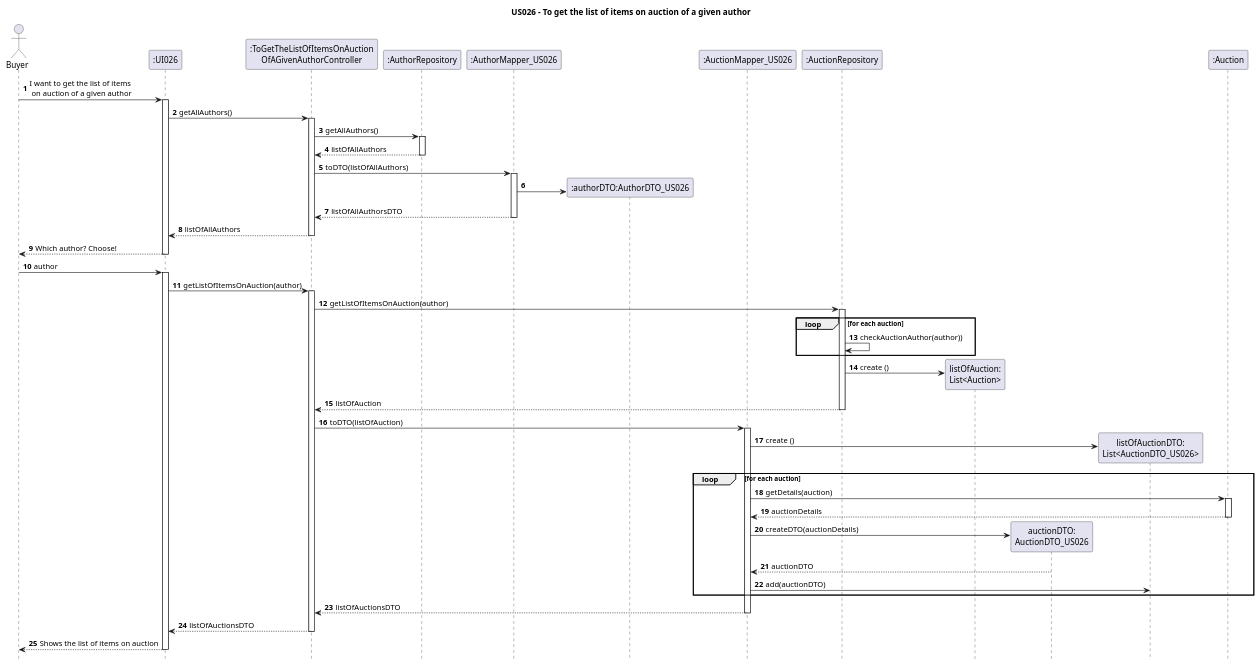
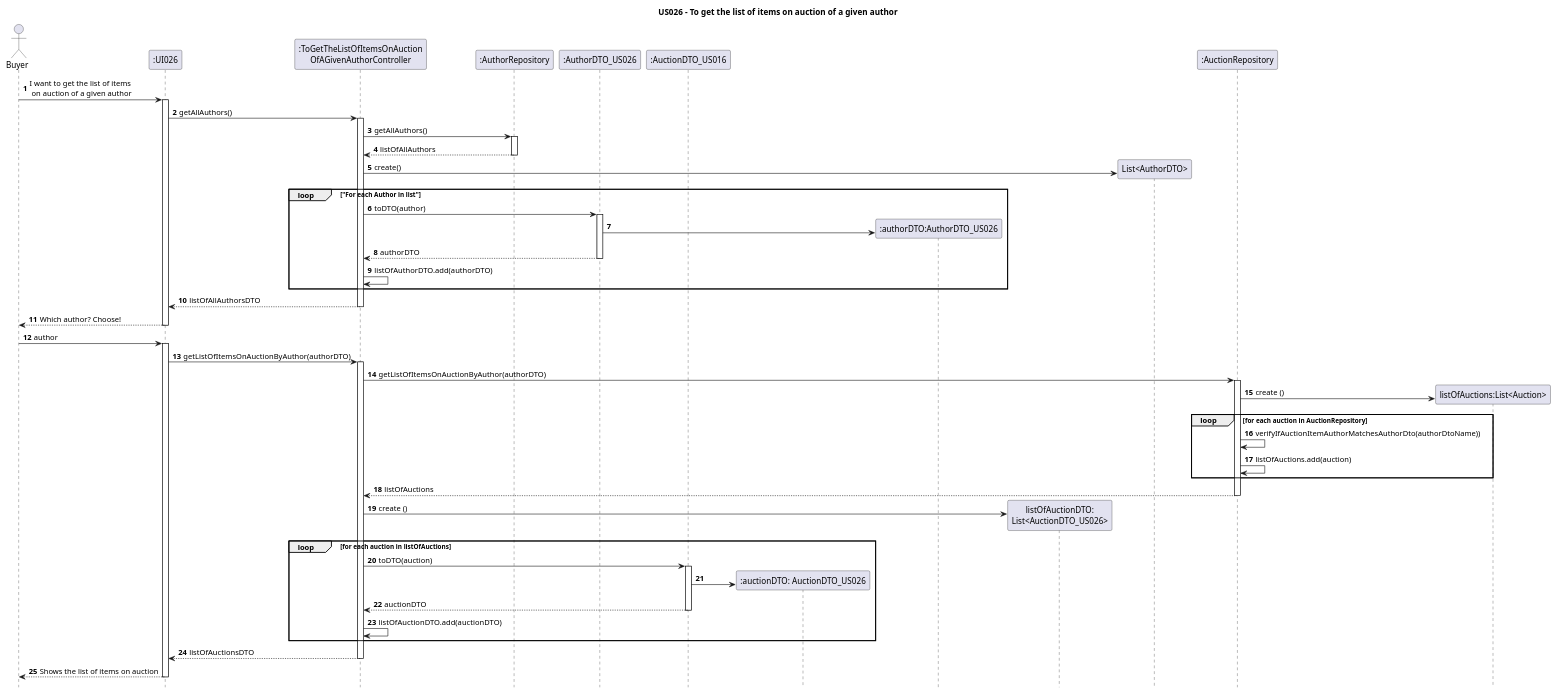
The diagram in Diagrams/SequenceDiagrams/N2/US026-to-get-the-list-of-items-on-auction-of-a-given-author.puml (AndrePereiraGitH/SWitCH-Project-Team_A), drawn with PlantUML before and after one commit.

Commit message:
working on #186 - Sequence Diagram N2

```diff
--- a/Diagrams/SequenceDiagrams/N2/US026-to-get-the-list-of-items-on-auction-of-a-given-author.puml
+++ b/Diagrams/SequenceDiagrams/N2/US026-to-get-the-list-of-items-on-auction-of-a-given-author.puml
@@ -1,84 +1,95 @@
 @startuml
 
 hide footbox
 autonumber
 title US026 - To get the list of items on auction of a given author
 
 actor Buyer
 
 ' Participants
 participant ":UI026" as UI026
 participant ":ToGetTheListOfItemsOnAuction\nOfAGivenAuthorController" as Ctrl
+
 participant ":AuthorRepository" as AuthorRepository
-participant ":AuthorMapper_US026" as AuthorMapper
+participant ":AuthorDTO_US026" as AuthorDTO_US026
+
+participant ":AuctionDTO_US016" as AuctionDTO
+participant ":auctionDTO: AuctionDTO_US026" as aucDTO
 participant ":authorDTO:AuthorDTO_US026" as AuthorDTO
-participant ":AuctionMapper_US026" as Mapper
+
+participant "listOfAuctionDTO:\nList<AuctionDTO_US026>" as ListDTO
+
+participant "List<AuthorDTO>" as authorsListDto
+
 participant ":AuctionRepository" as AuctionRepository
-participant "listOfAuction:\nList<Auction>" as ListAuc
-participant "auctionDTO:\nAuctionDTO_US026" as DTO
-participant "listOfAuctionDTO:\nList<AuctionDTO_US026>" as ListDTO
-participant ":Auction" as AU
+participant "listOfAuctions:List<Auction>" as ListAuc
+
+
 
 
 ' Interactions
 Buyer -> UI026 : I want to get the list of items\n on auction of a given author
 activate UI026
 UI026 -> Ctrl : getAllAuthors()
 activate Ctrl
 Ctrl -> AuthorRepository: getAllAuthors()
 activate AuthorRepository
 AuthorRepository --> Ctrl: listOfAllAuthors
 deactivate AuthorRepository
 
-Ctrl -> AuthorMapper: toDTO(listOfAllAuthors)
-activate AuthorMapper
-AuthorMapper -> AuthorDTO **
-AuthorMapper --> Ctrl: listOfAllAuthorsDTO
-deactivate AuthorMapper
+Ctrl -> authorsListDto **: create()
 
-Ctrl --> UI026 : listOfAllAuthors
+loop "For each Author in list"
+    Ctrl -> AuthorDTO_US026: toDTO(author)
+    activate AuthorDTO_US026
+    AuthorDTO_US026 -> AuthorDTO **
+    AuthorDTO_US026 --> Ctrl: authorDTO
+    deactivate AuthorDTO_US026
+    Ctrl -> Ctrl : listOfAuthorDTO.add(authorDTO)
+end
+
+Ctrl --> UI026 : listOfAllAuthorsDTO
 deactivate Ctrl
 Buyer <-- UI026 : Which author? Choose!
 deactivate UI026
 Buyer -> UI026 : author
 activate UI026
 
-UI026 -> Ctrl : getListOfItemsOnAuction(author)
+UI026 -> Ctrl : getListOfItemsOnAuctionByAuthor(authorDTO)
 activate Ctrl
 
-Ctrl -> AuctionRepository : getListOfItemsOnAuction(author)
+Ctrl -> AuctionRepository : getListOfItemsOnAuctionByAuthor(authorDTO)
 activate AuctionRepository
 
-loop for each auction
-    AuctionRepository -> AuctionRepository : checkAuctionAuthor(author))
+AuctionRepository -> ListAuc ** : create ()
+
+loop for each auction in AuctionRepository
+    AuctionRepository -> AuctionRepository : verifyIfAuctionItemAuthorMatchesAuthorDto(authorDtoName))
+    AuctionRepository -> AuctionRepository : listOfAuctions.add(auction)
 end
 
-AuctionRepository -> ListAuc ** : create ()
-AuctionRepository --> Ctrl : listOfAuction
+
+AuctionRepository --> Ctrl : listOfAuctions
 deactivate AuctionRepository
 
-Ctrl -> Mapper : toDTO(listOfAuction)
-activate Mapper
-Mapper -> ListDTO ** : create ()
+Ctrl -> ListDTO ** : create ()
 
-loop for each auction
-    Mapper -> AU: getDetails(auction)
-        activate AU
-        AU --> Mapper: auctionDetails
-        deactivate AU
+loop for each auction in listOfAuctions
+    Ctrl -> AuctionDTO: toDTO(auction)
+        activate AuctionDTO
 
-    Mapper -> DTO ** : createDTO(auctionDetails)
-    DTO --> Mapper: auctionDTO
-    Mapper -> ListDTO : add(auctionDTO)
+        AuctionDTO -> aucDTO **
+        AuctionDTO --> Ctrl: auctionDTO
+        deactivate
+        Ctrl -> Ctrl : listOfAuctionDTO.add(auctionDTO)
+
 end
 
-Mapper --> Ctrl : listOfAuctionsDTO
-deactivate Mapper
 
 Ctrl --> UI026 : listOfAuctionsDTO
 deactivate Ctrl
 
 UI026 --> Buyer : Shows the list of items on auction
 deactivate UI026
 
 @enduml
```
